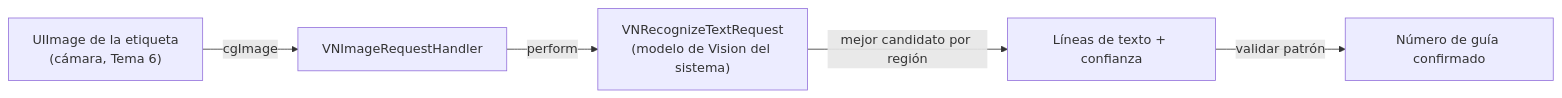
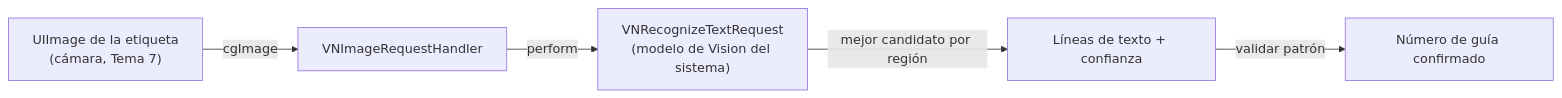
One commit to NICORUIZ93/The_Imperial_Book changed the eighth of 10 diagrams in web/public/content/ios/modulo-14.md. Above: the diagram before and after it, drawn with Mermaid. The commit also changed other lines of this file and 26 other files, not shown here.

````diff
--- a/web/public/content/ios/modulo-14.md
+++ b/web/public/content/ios/modulo-14.md
@@ -520,7 +650,7 @@
 ```mermaid
 flowchart LR
-    A["UIImage de la etiqueta\n(cámara, Tema 6)"] -->|cgImage| B["VNImageRequestHandler"]
+    A["UIImage de la etiqueta\n(cámara, Tema 7)"] -->|cgImage| B["VNImageRequestHandler"]
     B -->|perform| C["VNRecognizeTextRequest\n(modelo de Vision del sistema)"]
     C -->|mejor candidato por región| D["Líneas de texto + confianza"]
     D -->|validar patrón| E["Número de guía confirmado"]
 ```
````
